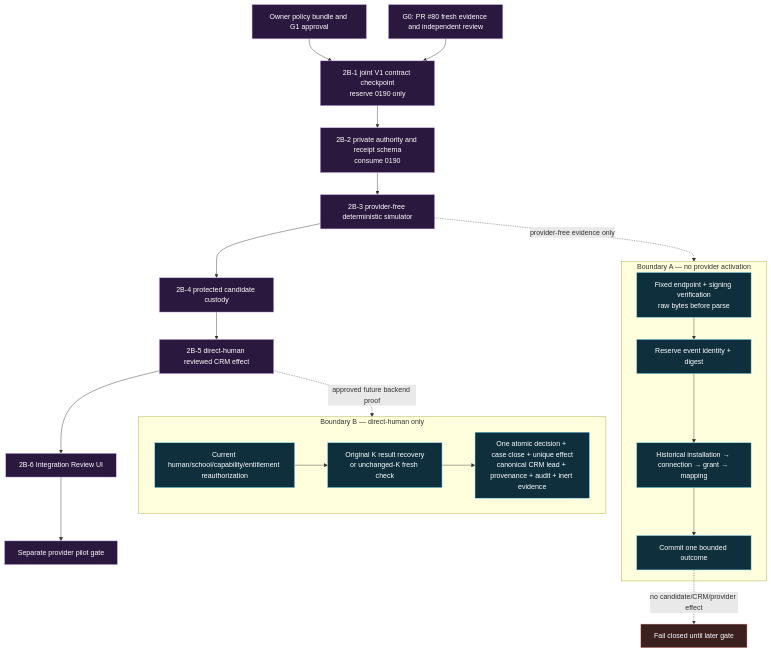
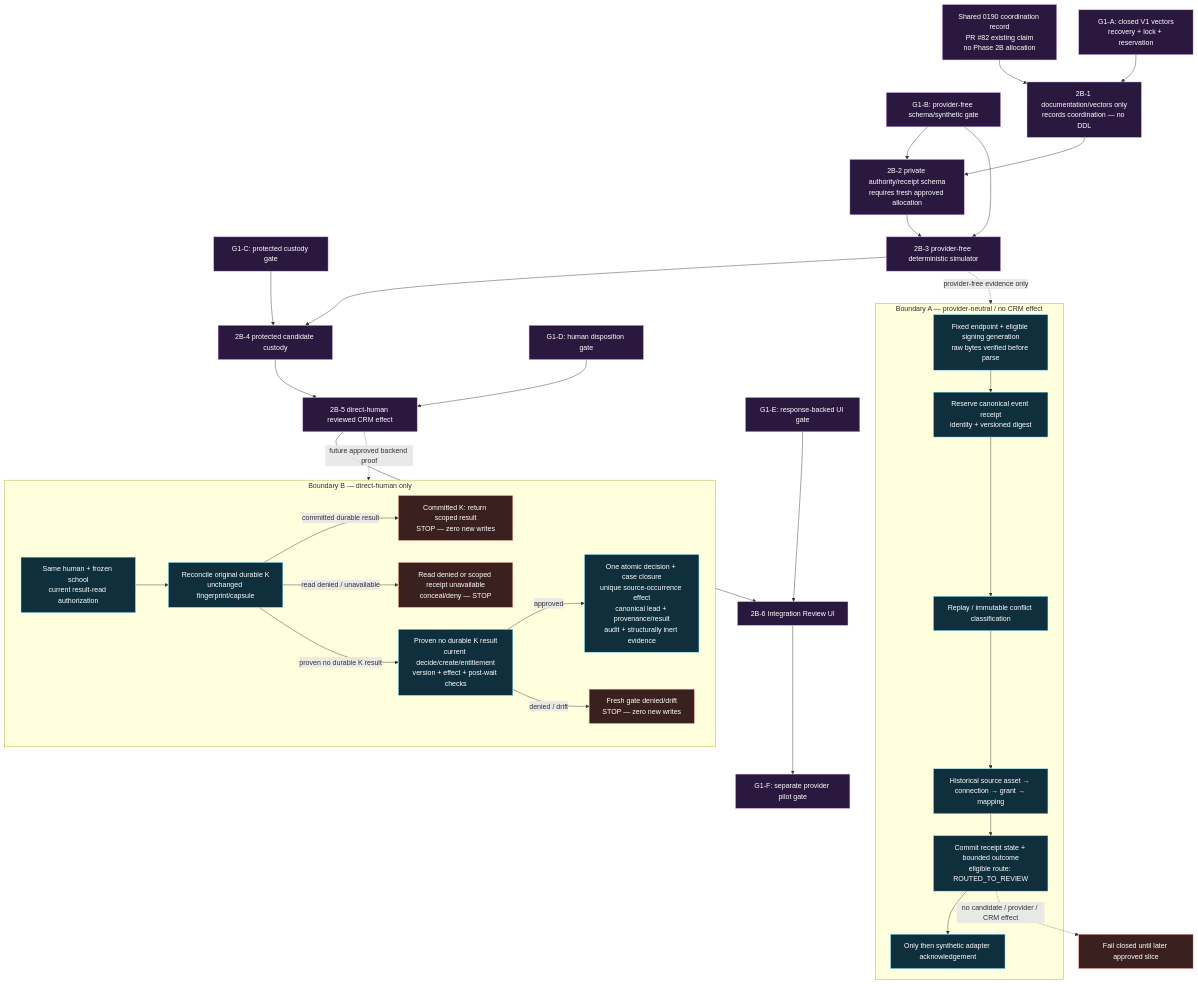
One commit to myhonosai/honos changed the diagram in docs/diagrams/phase-2b-contract-flow.mmd. Above: the diagram before and after it, drawn with Mermaid. The commit also changed 5 other files, not shown here.

Commit message:
docs(integration): close phase 2b contract gaps

```diff
--- a/docs/diagrams/phase-2b-contract-flow.mmd
+++ b/docs/diagrams/phase-2b-contract-flow.mmd
@@ -1,40 +1,66 @@
 flowchart TD
-  Owner[Owner policy bundle and G1 approval]
-  G0[G0: PR #80 fresh evidence and independent review]
-  C1[2B-1 joint V1 contract checkpoint\nreserve 0190 only]
-  C2[2B-2 private authority and receipt schema\nconsume 0190]
+  Coord[Shared 0190 coordination record\nPR #82 existing claim\nno Phase 2B allocation]
+  G1A[G1-A: closed V1 vectors\nrecovery + lock + reservation]
+  G1B[G1-B: provider-free schema/synthetic gate]
+  G1C[G1-C: protected custody gate]
+  G1D[G1-D: human disposition gate]
+  G1E[G1-E: response-backed UI gate]
+  Pilot[G1-F: separate provider pilot gate]
+
+  C1[2B-1 documentation/vectors only\nrecords coordination — no DDL]
+  C2[2B-2 private authority/receipt schema\nrequires fresh approved allocation]
   C3[2B-3 provider-free deterministic simulator]
   C4[2B-4 protected candidate custody]
   C5[2B-5 direct-human reviewed CRM effect]
   C6[2B-6 Integration Review UI]
-  Pilot[Separate provider pilot gate]
 
-  Owner --> C1
-  G0 --> C1
-  C1 --> C2 --> C3 --> C4 --> C5 --> C6 --> Pilot
+  Coord --> C1
+  G1A --> C1
+  C1 --> C2
+  G1B --> C2
+  C2 --> C3
+  G1B --> C3
+  C3 --> C4
+  G1C --> C4
+  C4 --> C5
+  G1D --> C5
+  C5 --> C6
+  G1E --> C6
+  C6 --> Pilot
 
-  subgraph Ingress[Boundary A — no provider activation]
-    Verify[Fixed endpoint + signing verification\nraw bytes before parse]
-    Reserve[Reserve event identity + digest]
-    Route[Historical installation → connection → grant → mapping]
-    Outcome[Commit one bounded outcome]
-    Verify --> Reserve --> Route --> Outcome
+  subgraph Ingress[Boundary A — provider-neutral / no CRM effect]
+    Verify[Fixed endpoint + eligible signing generation\nraw bytes verified before parse]
+    Receipt[Reserve canonical event receipt\nidentity + versioned digest]
+    Classify[Replay / immutable conflict classification]
+    Route[Historical source asset → connection → grant → mapping]
+    Durable[Commit receipt state + bounded outcome\neligible route: ROUTED_TO_REVIEW]
+    Ack[Only then synthetic adapter acknowledgement]
+    Verify --> Receipt --> Classify --> Route --> Durable --> Ack
   end
 
   subgraph Review[Boundary B — direct-human only]
-    Reauth[Current human/school/capability/entitlement reauthorization]
-    Recover[Original K result recovery\nor unchanged-K fresh check]
-    Atomic[One atomic decision + case close + unique effect\ncanonical CRM lead + provenance + audit + inert evidence]
-    Reauth --> Recover --> Atomic
+    ReadAuth[Same human + frozen school\ncurrent result-read authorization]
+    Reconcile[Reconcile original durable K\nunchanged fingerprint/capsule]
+    ResultStop[Committed K: return scoped result\nSTOP — zero new writes]
+    Conceal[Read denied or scoped receipt unavailable\nconceal/deny — STOP]
+    FreshGate[Proven no durable K result\ncurrent decide/create/entitlement\nversion + effect + post-wait checks]
+    FreshStop[Fresh gate denied/drift\nSTOP — zero new writes]
+    Atomic[One atomic decision + case closure\nunique source-occurrence effect\ncanonical lead + provenance/result\naudit + structurally inert evidence]
+    ReadAuth --> Reconcile
+    Reconcile -->|committed durable result| ResultStop
+    Reconcile -->|read denied / unavailable| Conceal
+    Reconcile -->|proven no durable K result| FreshGate
+    FreshGate -->|approved| Atomic
+    FreshGate -->|denied / drift| FreshStop
   end
 
   C3 -. provider-free evidence only .-> Ingress
-  C5 -. approved future backend proof .-> Review
-  Outcome -. no candidate/CRM/provider effect .-> Hold[Fail closed until later gate]
+  C5 -. future approved backend proof .-> Review
+  Durable -. no candidate / provider / CRM effect .-> Hold[Fail closed until later approved slice]
 
   classDef gate fill:#2b183f,stroke:#d9b7ff,color:#fff
   classDef boundary fill:#0f2f3d,stroke:#7ee1ff,color:#fff
   classDef stop fill:#3b2020,stroke:#ffaaa0,color:#fff
-  class Owner,G0,C1,C2,C3,C4,C5,C6,Pilot gate
-  class Verify,Reserve,Route,Outcome,Reauth,Recover,Atomic boundary
-  class Hold stop
+  class Coord,G1A,G1B,G1C,G1D,G1E,Pilot,C1,C2,C3,C4,C5,C6 gate
+  class Verify,Receipt,Classify,Route,Durable,Ack,ReadAuth,Reconcile,FreshGate,Atomic boundary
+  class ResultStop,Conceal,FreshStop,Hold stop
```
